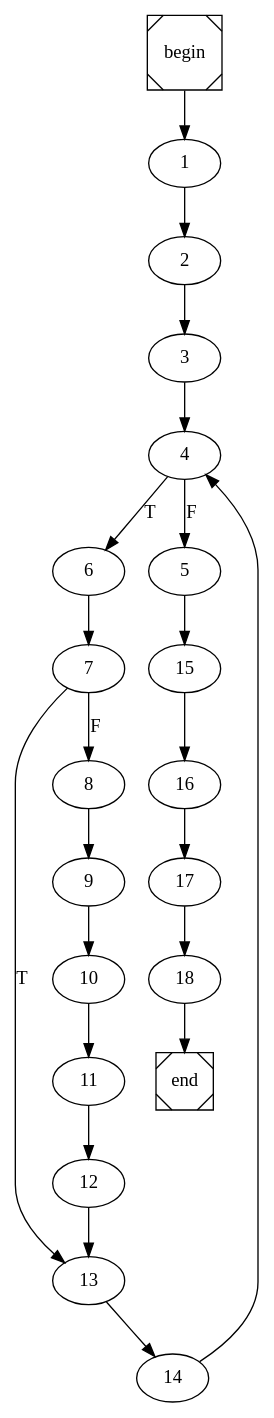
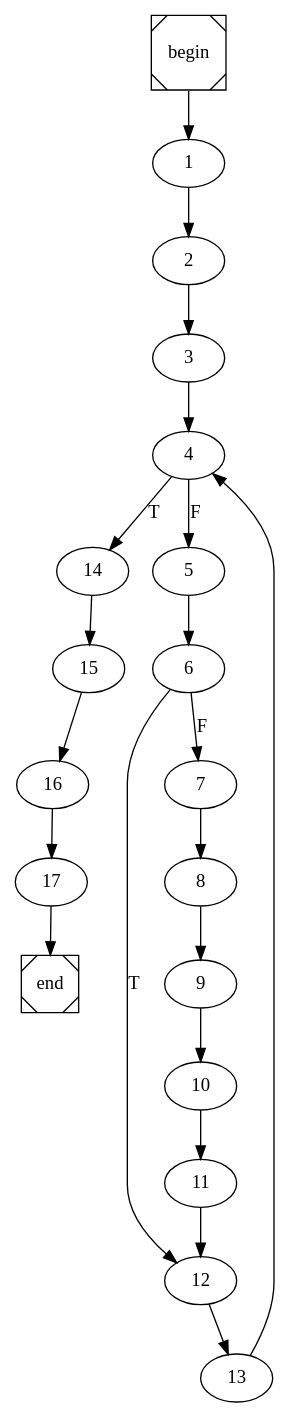
Before and after one commit to ivSaav/COMP: the diagram in partition.dot, drawn with Graphviz. The commit also changed 9 other files, not shown here.

```diff
--- a/partition.dot
+++ b/partition.dot
@@ -1,4 +1,4 @@
 digraph cfg {
 	begin [shape=Msquare];
 	end [shape=Msquare];
-	begin -> 1;	1 -> 2;	2 -> 3;	3 -> 4;	4 -> 6[label=T];	4 -> 5[label=F];	5 -> 15;	6 -> 7;	7 -> 13[label=T];	7 -> 8[label=F];	8 -> 9;	9 -> 10;	10 -> 11;	11 -> 12;	12 -> 13;	13 -> 14;	14 -> 4;	15 -> 16;	16 -> 17;	17 -> 18;	18 -> end;}
+	begin -> 1;	1 -> 2;	2 -> 3;	3 -> 4;	4 -> 14[label=T];	4 -> 5[label=F];	5 -> 6;	6 -> 12[label=T];	6 -> 7[label=F];	7 -> 8;	8 -> 9;	9 -> 10;	10 -> 11;	11 -> 12;	12 -> 13;	13 -> 4;	14 -> 15;	15 -> 16;	16 -> 17;	17 -> end;}
```
